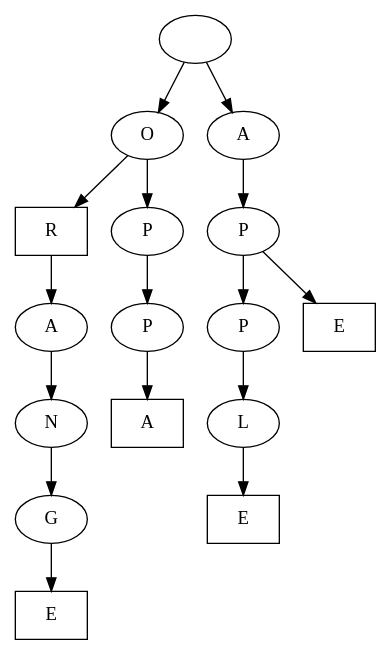
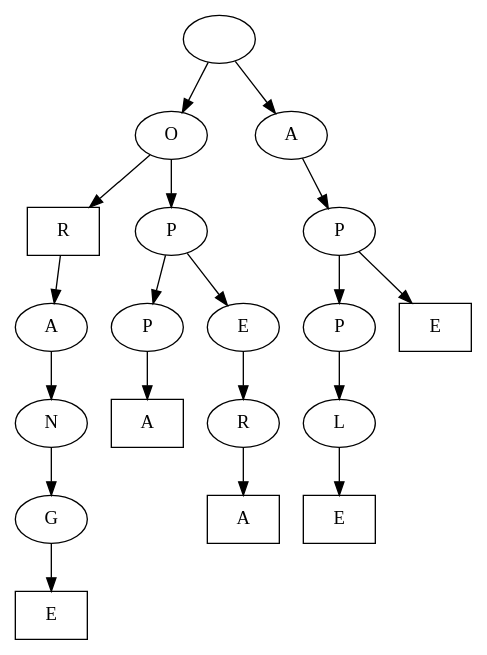
One commit to keithstellyes/Pretty-Data-Stuctures changed the diagram in trie.dot. Above: the diagram before and after it, drawn with Graphviz. The commit also changed 13 other files, not shown here.

```diff
--- a/trie.dot
+++ b/trie.dot
@@ -1,33 +1,39 @@
 digraph {
     a [label=""];
     b [label="O"];
     c [label="R", shape=box];
     d [label="A"];
     e [label="N"];
     f [label="G"];
     g [label="E", shape=box];
     h [label="P"];
     i [label="P"];
     j [label="A", shape=box];
-    k [label="A"];
-    l [label="P"];
-    m [label="P"];
-    n [label="L"];
-    o [label="E", shape=box];
-    p [label="E", shape=box];
-    f -> g;
-    e -> f;
-    d -> e;
-    c -> d;
-    b -> c;
-    i -> j;
-    h -> i;
-    b -> h;
-    a -> b;
-    n -> o;
-    m -> n;
-    l -> m;
-    l -> p;
-    k -> l;
-    a -> k;
+    k [label="E"];
+    l [label="R"];
+    m [label="A", shape=box];
+    n [label="A"];
+    o [label="P"];
+    p [label="P"];
+    q [label="L"];
+    r [label="E", shape=box];
+    s [label="E", shape=box];
+    f -> g
+    e -> f
+    d -> e
+    c -> d
+    b -> c
+    i -> j
+    h -> i
+    l -> m
+    k -> l
+    h -> k
+    b -> h
+    a -> b
+    q -> r
+    p -> q
+    o -> p
+    o -> s
+    n -> o
+    a -> n
 }
```
